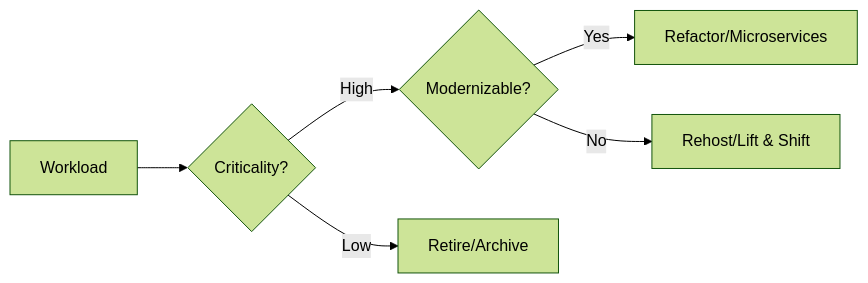
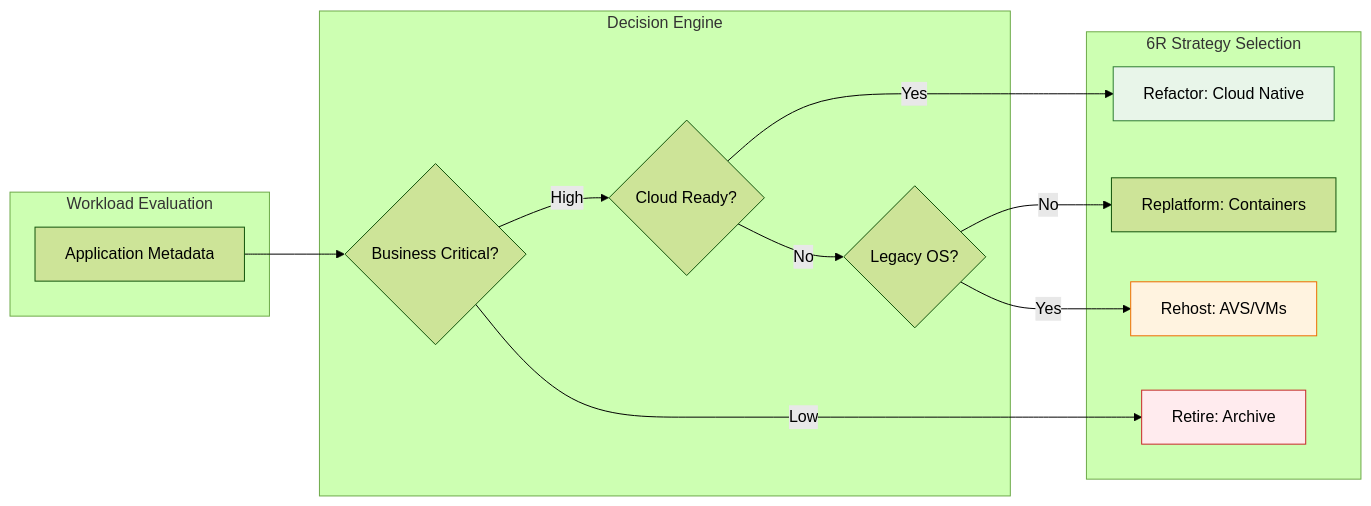
The third of 3 diagrams in README.md (Devopstrio/vmware-to-cloud-playbook), drawn with Mermaid (forest theme) before and after one commit. The commit also changed other lines of this file, not shown here.

Commit message:
docs: professionalize architecture diagrams and principal reference model

````diff
--- a/README.md
+++ b/README.md
@@ -93,8 +180,31 @@
 ```mermaid
 graph LR
-    Work[Workload] --> Crit{Criticality?}
-    Crit -->|High| Mod{Modernizable?}
-    Mod -->|Yes| Refactor[Refactor/Microservices]
-    Mod -->|No| Rehost[Rehost/Lift & Shift]
-    Crit -->|Low| Retire[Retire/Archive]
+    subgraph Input["Workload Evaluation"]
+        App[Application Metadata]
+    end
+
+    subgraph Logic["Decision Engine"]
+        Crit{Business Critical?}
+        Legacy{Legacy OS?}
+        Cloud{Cloud Ready?}
+    end
+
+    subgraph Outcome["6R Strategy Selection"]
+        Refactor[Refactor: Cloud Native]
+        Replatform[Replatform: Containers]
+        Rehost[Rehost: AVS/VMs]
+        Retire[Retire: Archive]
+    end
+
+    App --> Crit
+    Crit -->|High| Cloud
+    Crit -->|Low| Retire
+    Cloud -->|Yes| Refactor
+    Cloud -->|No| Legacy
+    Legacy -->|Yes| Rehost
+    Legacy -->|No| Replatform
+
+    style Refactor fill:#e8f5e9,stroke:#2e7d32
+    style Rehost fill:#fff3e0,stroke:#ef6c00
+    style Retire fill:#ffebee,stroke:#c62828
 ```
````
